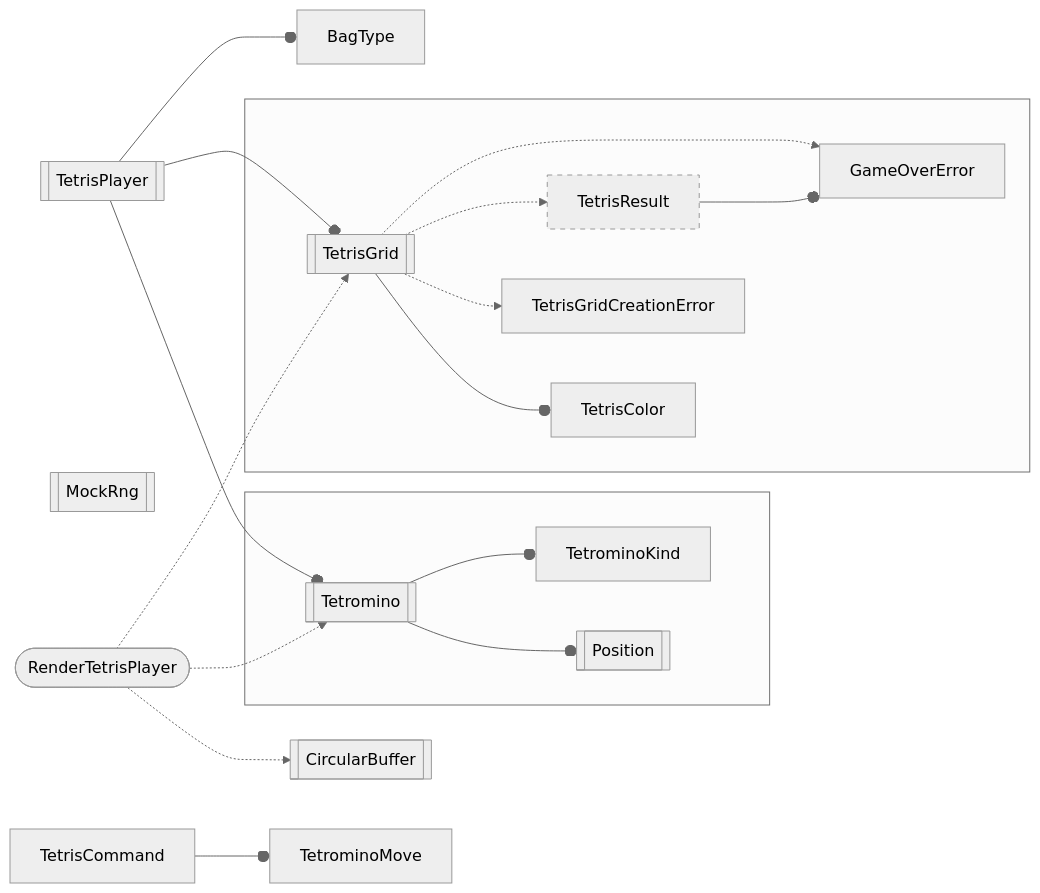
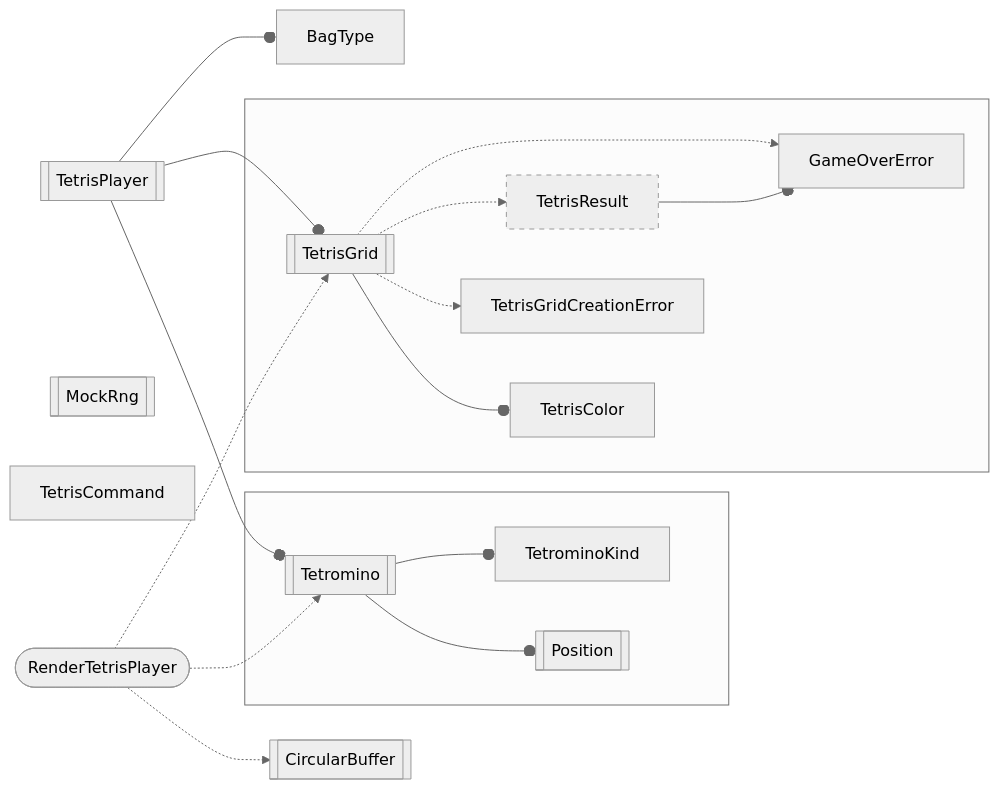
The diagram in core_tetris/src/core_tetris.mmd (inesvar/tetris), drawn with Mermaid (neutral theme) before and after one commit. The commit also changed 16 other files, not shown here.

Commit message:
core_tetris: Turn TetrominoMove from an enum into a struct

```diff
--- a/core_tetris/src/core_tetris.mmd
+++ b/core_tetris/src/core_tetris.mmd
@@ -1,47 +1,46 @@
 graph LR
     %% objects
     BagType[BagType]
     TetrisGrid[[TetrisGrid]]
     GameOverError[GameOverError]
     TetrisResult[TetrisResult]
     Tetromino[[Tetromino]]
     Position[[Position]]
     TetrisColor[TetrisColor]
     TetrisPlayer[[TetrisPlayer]]
     MockRng[[MockRng]]
     TetrisCommand[TetrisCommand]
     TetrominoKind[TetrominoKind]
     RenderTetrisPlayer([RenderTetrisPlayer])
     CircularBuffer[[CircularBuffer]]
     TetrisGridCreationError[TetrisGridCreationError]
 
-    TetrisCommand --o TetrominoMove
     RenderTetrisPlayer -.-> CircularBuffer
 
     TetrisPlayer
     MockRng
     RenderTetrisPlayer
 
     TetrisPlayer --o Tetromino
     RenderTetrisPlayer -.-> Tetromino
 
     subgraph tetromino[" "]
         Tetromino --o Position
         Tetromino --o TetrominoKind
     end
 
 
     subgraph tetris_grid[" "]
         TetrisGrid --o TetrisColor
         TetrisGrid -.-> TetrisGridCreationError
         TetrisGrid -.-> TetrisResult
         TetrisResult --o GameOverError
         TetrisGrid -.-> GameOverError
     end
 
     RenderTetrisPlayer -.-> TetrisGrid
     TetrisPlayer --o TetrisGrid
     TetrisPlayer --o BagType
 
     
     style TetrisResult stroke-dasharray: 5 5;
```
